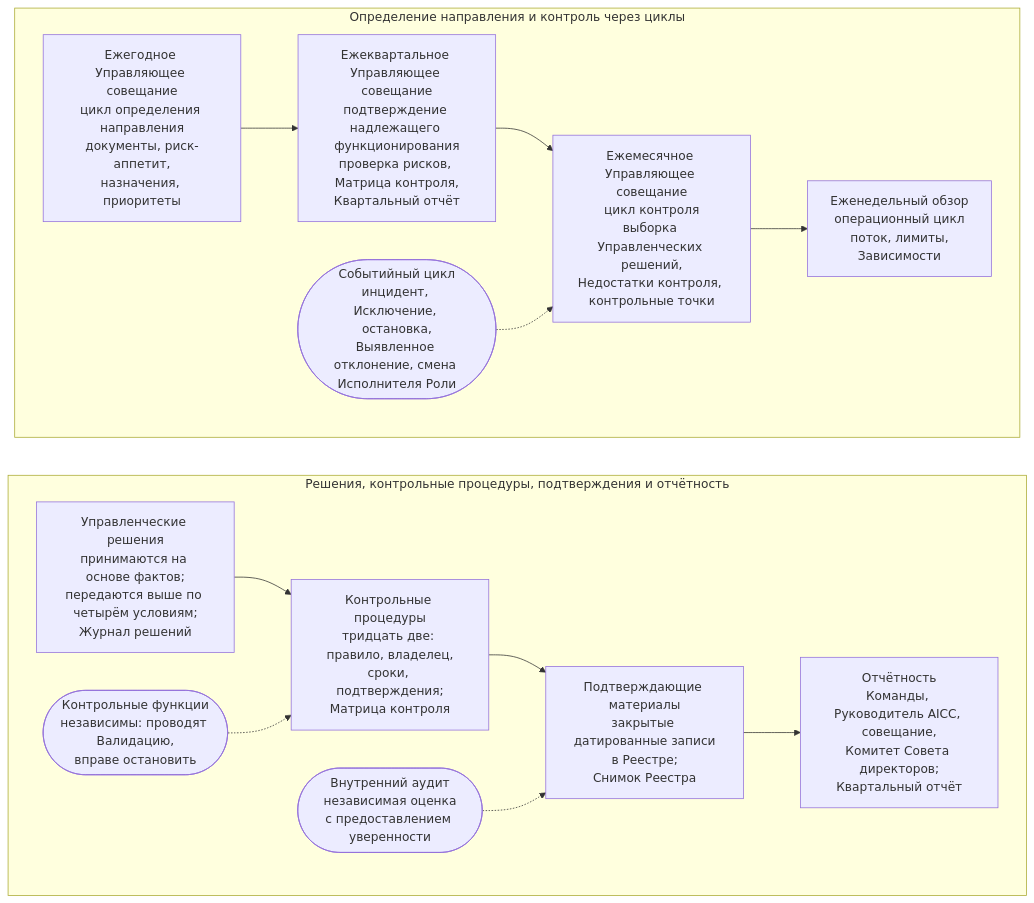
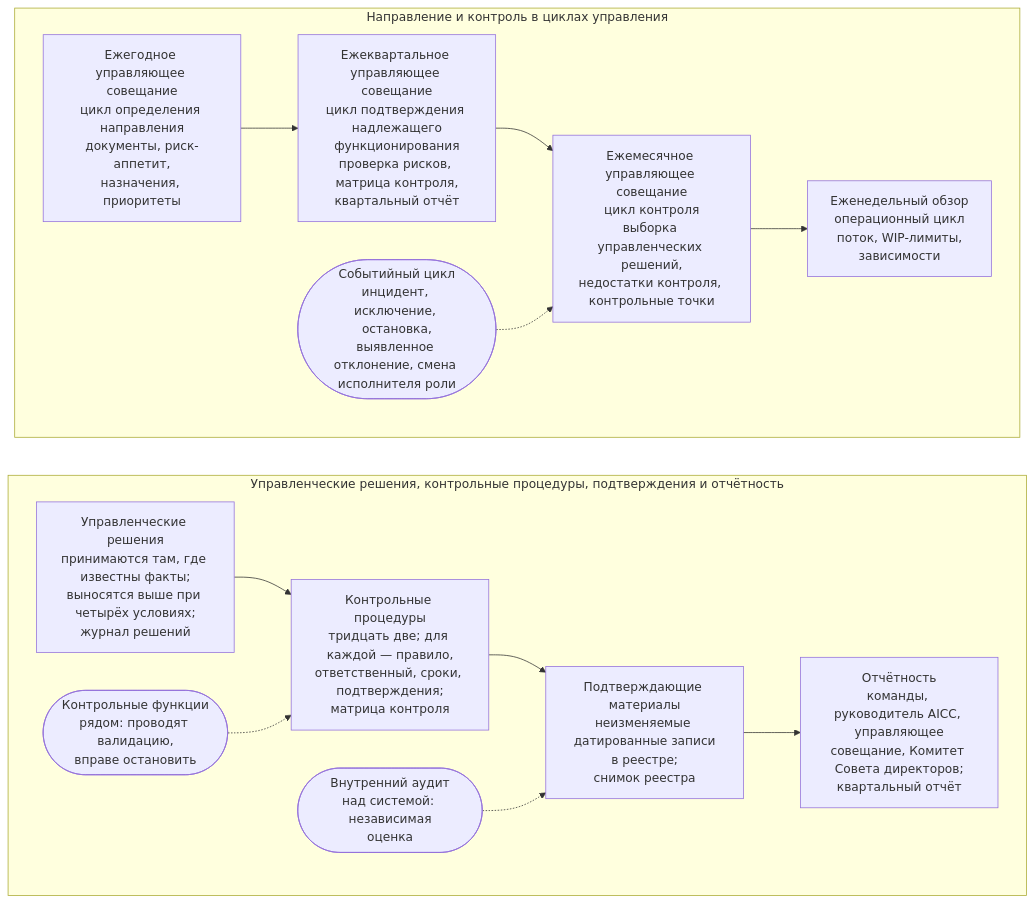
Before and after one commit to devhogu/ob-aicc: the diagram in portal/content/ru/governance/overview.md, drawn with Mermaid. The commit also changed other lines of this file and 18 other files, not shown here.

````diff
--- a/portal/content/ru/governance/overview.md
+++ b/portal/content/ru/governance/overview.md
@@ -15,19 +15,19 @@
 ```mermaid
 flowchart TB
-  subgraph ROW1["Определение направления и контроль через циклы"]
+  subgraph ROW1["Направление и контроль в циклах управления"]
     direction LR
-    Y["Ежегодное Управляющее совещание<br/>цикл определения направления<br/>документы, риск-аппетит,<br/>назначения, приоритеты"] --> Q["Ежеквартальное Управляющее совещание<br/>подтверждение надлежащего функционирования<br/>проверка рисков, Матрица контроля,<br/>Квартальный отчёт"]
-    Q --> M["Ежемесячное Управляющее совещание<br/>цикл контроля<br/>выборка Управленческих решений,<br/>Недостатки контроля, контрольные точки"]
-    M --> W["Еженедельный обзор<br/>операционный цикл<br/>поток, лимиты,<br/>Зависимости"]
-    E(["Событийный цикл<br/>инцидент, Исключение, остановка,<br/>Выявленное отклонение, смена Исполнителя Роли"]) -.-> M
+    Y["Ежегодное управляющее совещание<br/>цикл определения направления<br/>документы, риск-аппетит,<br/>назначения, приоритеты"] --> Q["Ежеквартальное управляющее совещание<br/>цикл подтверждения надлежащего<br/>функционирования<br/>проверка рисков, матрица контроля,<br/>квартальный отчёт"]
+    Q --> M["Ежемесячное управляющее совещание<br/>цикл контроля<br/>выборка управленческих решений,<br/>недостатки контроля, контрольные точки"]
+    M --> W["Еженедельный обзор<br/>операционный цикл<br/>поток, WIP-лимиты,<br/>зависимости"]
+    E(["Событийный цикл<br/>инцидент, исключение, остановка,<br/>выявленное отклонение, смена исполнителя роли"]) -.-> M
   end
-  subgraph ROW2["Решения, контрольные процедуры, подтверждения и отчётность"]
+  subgraph ROW2["Управленческие решения, контрольные процедуры, подтверждения и отчётность"]
     direction LR
-    D["Управленческие решения<br/>принимаются на основе фактов;<br/>передаются выше по четырём условиям;<br/>Журнал решений"] --> C["Контрольные процедуры<br/>тридцать две: правило, владелец,<br/>сроки, подтверждения;<br/>Матрица контроля"]
-    C --> R["Подтверждающие материалы<br/>закрытые датированные записи<br/>в Реестре;<br/>Снимок Реестра"]
-    R --> B["Отчётность<br/>Команды, Руководитель AICC, совещание,<br/>Комитет Совета директоров;<br/>Квартальный отчёт"]
-    CF(["Контрольные функции<br/>независимы: проводят Валидацию,<br/>вправе остановить"]) -.-> C
-    IA(["Внутренний аудит<br/>независимая оценка<br/>с предоставлением уверенности"]) -.-> R
+    D["Управленческие решения<br/>принимаются там, где известны факты;<br/>выносятся выше при четырёх условиях;<br/>журнал решений"] --> C["Контрольные процедуры<br/>тридцать две; для каждой — правило,<br/>ответственный, сроки, подтверждения;<br/>матрица контроля"]
+    C --> R["Подтверждающие материалы<br/>неизменяемые датированные записи<br/>в реестре;<br/>снимок реестра"]
+    R --> B["Отчётность<br/>команды, руководитель AICC, управляющее<br/>совещание, Комитет Совета директоров;<br/>квартальный отчёт"]
+    CF(["Контрольные функции<br/>рядом: проводят валидацию,<br/>вправе остановить"]) -.-> C
+    IA(["Внутренний аудит<br/>над системой: независимая<br/>оценка"]) -.-> R
   end
   ROW1 ~~~ ROW2
 ```
````
